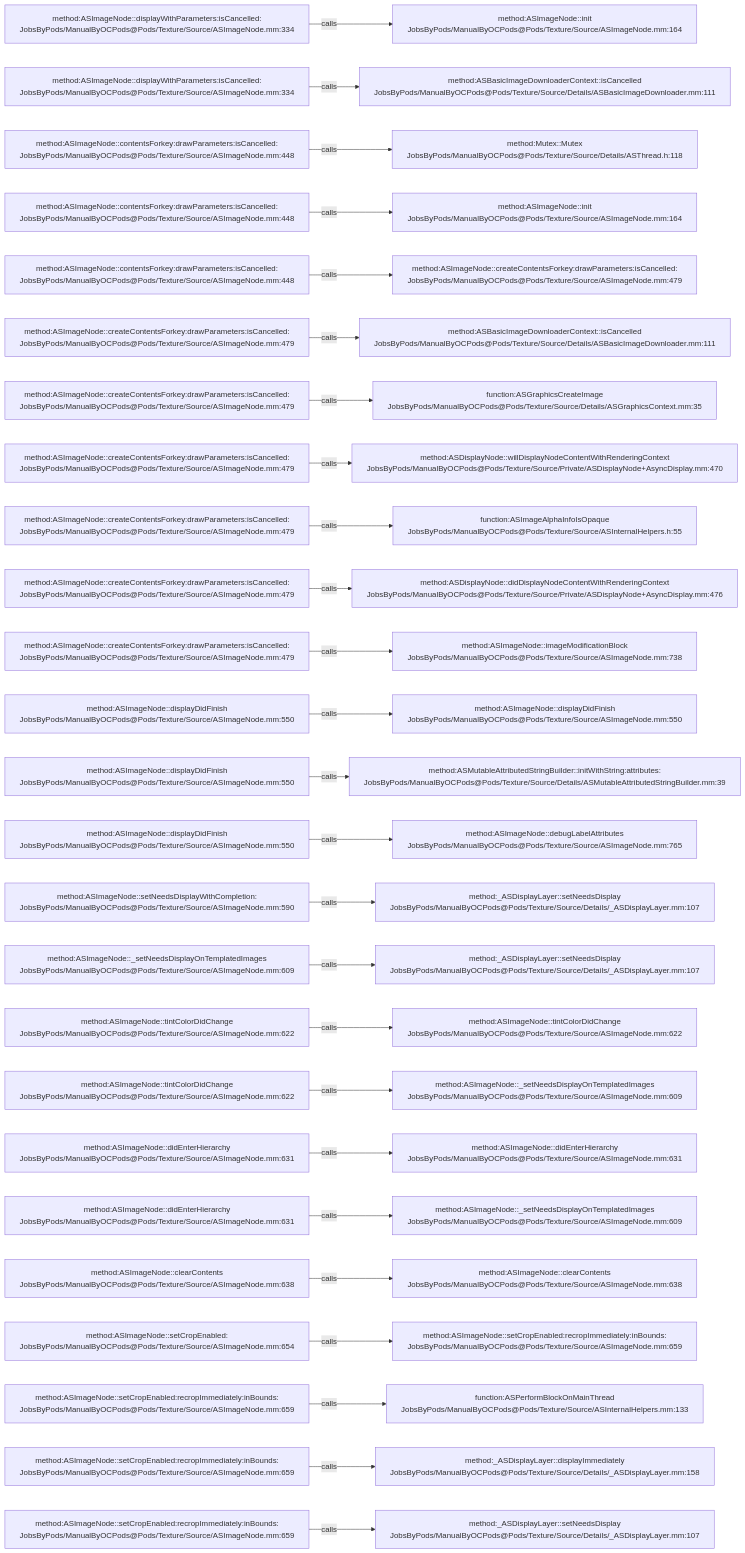
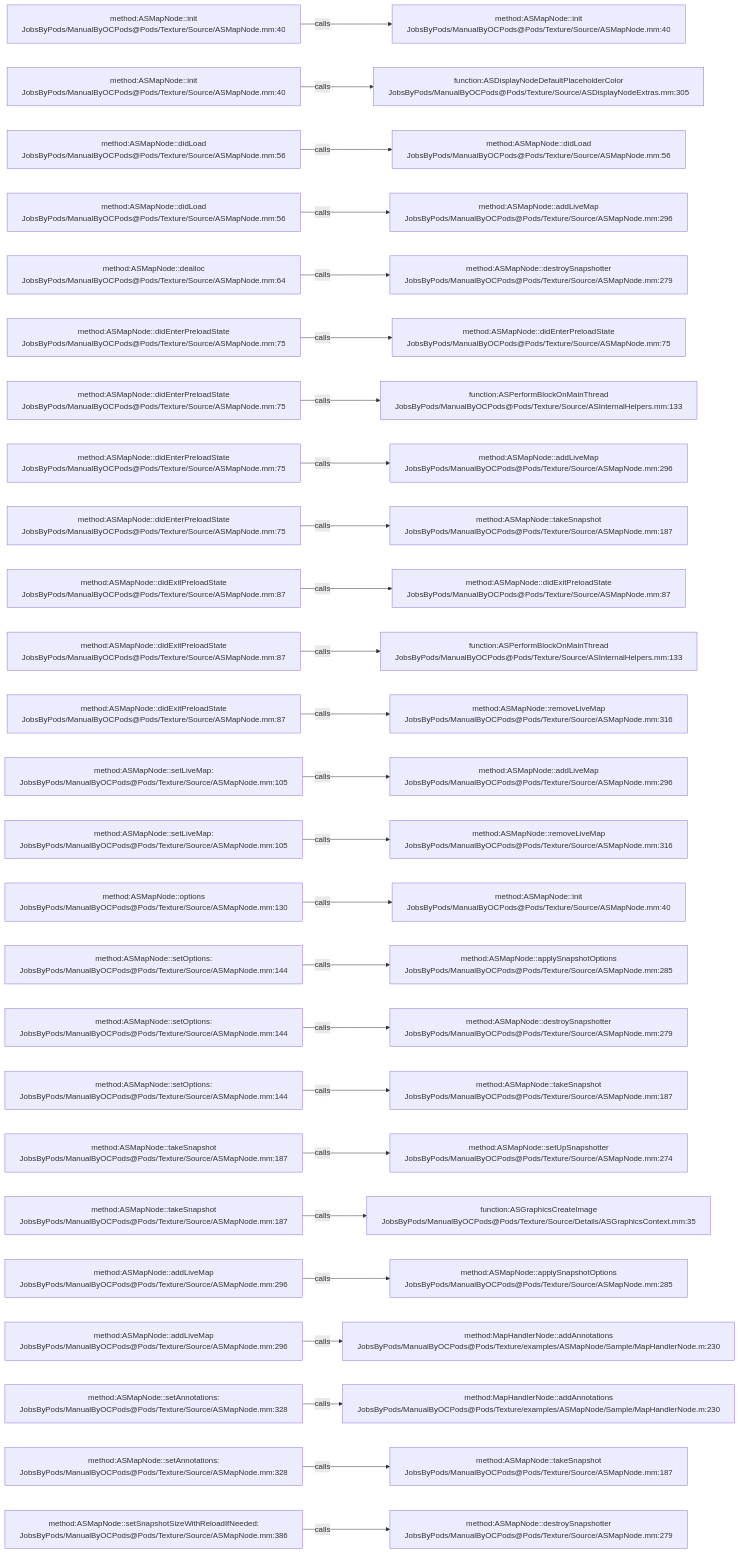
The diagram in .codegraph/codegraph.md/graphs/calls-111.md (JobsKits/JobsOCBaseConfigDemo), drawn with Mermaid before and after one commit. The commit also changed 1353 other files, not shown here.

````diff
--- a/.codegraph/codegraph.md/graphs/calls-111.md
+++ b/.codegraph/codegraph.md/graphs/calls-111.md
@@ -13,78 +13,78 @@
 ```mermaid
 flowchart LR
-  S1["method:ASImageNode::displayWithParameters:isCancelled:<br/>JobsByPods/ManualByOCPods@Pods/Texture/Source/ASImageNode.mm:334"]
-  T1["method:ASImageNode::init<br/>JobsByPods/ManualByOCPods@Pods/Texture/Source/ASImageNode.mm:164"]
+  S1["method:ASMapNode::init<br/>JobsByPods/ManualByOCPods@Pods/Texture/Source/ASMapNode.mm:40"]
+  T1["method:ASMapNode::init<br/>JobsByPods/ManualByOCPods@Pods/Texture/Source/ASMapNode.mm:40"]
   S1 -->|calls| T1
-  S2["method:ASImageNode::displayWithParameters:isCancelled:<br/>JobsByPods/ManualByOCPods@Pods/Texture/Source/ASImageNode.mm:334"]
-  T2["method:ASBasicImageDownloaderContext::isCancelled<br/>JobsByPods/ManualByOCPods@Pods/Texture/Source/Details/ASBasicImageDownloader.mm:111"]
+  S2["method:ASMapNode::init<br/>JobsByPods/ManualByOCPods@Pods/Texture/Source/ASMapNode.mm:40"]
+  T2["function:ASDisplayNodeDefaultPlaceholderColor<br/>JobsByPods/ManualByOCPods@Pods/Texture/Source/ASDisplayNodeExtras.mm:305"]
   S2 -->|calls| T2
-  S3["method:ASImageNode::contentsForkey:drawParameters:isCancelled:<br/>JobsByPods/ManualByOCPods@Pods/Texture/Source/ASImageNode.mm:448"]
-  T3["method:Mutex::Mutex<br/>JobsByPods/ManualByOCPods@Pods/Texture/Source/Details/ASThread.h:118"]
+  S3["method:ASMapNode::didLoad<br/>JobsByPods/ManualByOCPods@Pods/Texture/Source/ASMapNode.mm:56"]
+  T3["method:ASMapNode::didLoad<br/>JobsByPods/ManualByOCPods@Pods/Texture/Source/ASMapNode.mm:56"]
   S3 -->|calls| T3
-  S4["method:ASImageNode::contentsForkey:drawParameters:isCancelled:<br/>JobsByPods/ManualByOCPods@Pods/Texture/Source/ASImageNode.mm:448"]
-  T4["method:ASImageNode::init<br/>JobsByPods/ManualByOCPods@Pods/Texture/Source/ASImageNode.mm:164"]
+  S4["method:ASMapNode::didLoad<br/>JobsByPods/ManualByOCPods@Pods/Texture/Source/ASMapNode.mm:56"]
+  T4["method:ASMapNode::addLiveMap<br/>JobsByPods/ManualByOCPods@Pods/Texture/Source/ASMapNode.mm:296"]
   S4 -->|calls| T4
-  S5["method:ASImageNode::contentsForkey:drawParameters:isCancelled:<br/>JobsByPods/ManualByOCPods@Pods/Texture/Source/ASImageNode.mm:448"]
-  T5["method:ASImageNode::createContentsForkey:drawParameters:isCancelled:<br/>JobsByPods/ManualByOCPods@Pods/Texture/Source/ASImageNode.mm:479"]
+  S5["method:ASMapNode::dealloc<br/>JobsByPods/ManualByOCPods@Pods/Texture/Source/ASMapNode.mm:64"]
+  T5["method:ASMapNode::destroySnapshotter<br/>JobsByPods/ManualByOCPods@Pods/Texture/Source/ASMapNode.mm:279"]
   S5 -->|calls| T5
-  S6["method:ASImageNode::createContentsForkey:drawParameters:isCancelled:<br/>JobsByPods/ManualByOCPods@Pods/Texture/Source/ASImageNode.mm:479"]
-  T6["method:ASBasicImageDownloaderContext::isCancelled<br/>JobsByPods/ManualByOCPods@Pods/Texture/Source/Details/ASBasicImageDownloader.mm:111"]
+  S6["method:ASMapNode::didEnterPreloadState<br/>JobsByPods/ManualByOCPods@Pods/Texture/Source/ASMapNode.mm:75"]
+  T6["method:ASMapNode::didEnterPreloadState<br/>JobsByPods/ManualByOCPods@Pods/Texture/Source/ASMapNode.mm:75"]
   S6 -->|calls| T6
-  S7["method:ASImageNode::createContentsForkey:drawParameters:isCancelled:<br/>JobsByPods/ManualByOCPods@Pods/Texture/Source/ASImageNode.mm:479"]
-  T7["function:ASGraphicsCreateImage<br/>JobsByPods/ManualByOCPods@Pods/Texture/Source/Details/ASGraphicsContext.mm:35"]
+  S7["method:ASMapNode::didEnterPreloadState<br/>JobsByPods/ManualByOCPods@Pods/Texture/Source/ASMapNode.mm:75"]
+  T7["function:ASPerformBlockOnMainThread<br/>JobsByPods/ManualByOCPods@Pods/Texture/Source/ASInternalHelpers.mm:133"]
   S7 -->|calls| T7
-  S8["method:ASImageNode::createContentsForkey:drawParameters:isCancelled:<br/>JobsByPods/ManualByOCPods@Pods/Texture/Source/ASImageNode.mm:479"]
-  T8["method:ASDisplayNode::willDisplayNodeContentWithRenderingContext<br/>JobsByPods/ManualByOCPods@Pods/Texture/Source/Private/ASDisplayNode+AsyncDisplay.mm:470"]
+  S8["method:ASMapNode::didEnterPreloadState<br/>JobsByPods/ManualByOCPods@Pods/Texture/Source/ASMapNode.mm:75"]
+  T8["method:ASMapNode::addLiveMap<br/>JobsByPods/ManualByOCPods@Pods/Texture/Source/ASMapNode.mm:296"]
   S8 -->|calls| T8
-  S9["method:ASImageNode::createContentsForkey:drawParameters:isCancelled:<br/>JobsByPods/ManualByOCPods@Pods/Texture/Source/ASImageNode.mm:479"]
-  T9["function:ASImageAlphaInfoIsOpaque<br/>JobsByPods/ManualByOCPods@Pods/Texture/Source/ASInternalHelpers.h:55"]
+  S9["method:ASMapNode::didEnterPreloadState<br/>JobsByPods/ManualByOCPods@Pods/Texture/Source/ASMapNode.mm:75"]
+  T9["method:ASMapNode::takeSnapshot<br/>JobsByPods/ManualByOCPods@Pods/Texture/Source/ASMapNode.mm:187"]
   S9 -->|calls| T9
-  S10["method:ASImageNode::createContentsForkey:drawParameters:isCancelled:<br/>JobsByPods/ManualByOCPods@Pods/Texture/Source/ASImageNode.mm:479"]
-  T10["method:ASDisplayNode::didDisplayNodeContentWithRenderingContext<br/>JobsByPods/ManualByOCPods@Pods/Texture/Source/Private/ASDisplayNode+AsyncDisplay.mm:476"]
+  S10["method:ASMapNode::didExitPreloadState<br/>JobsByPods/ManualByOCPods@Pods/Texture/Source/ASMapNode.mm:87"]
+  T10["method:ASMapNode::didExitPreloadState<br/>JobsByPods/ManualByOCPods@Pods/Texture/Source/ASMapNode.mm:87"]
   S10 -->|calls| T10
-  S11["method:ASImageNode::createContentsForkey:drawParameters:isCancelled:<br/>JobsByPods/ManualByOCPods@Pods/Texture/Source/ASImageNode.mm:479"]
-  T11["method:ASImageNode::imageModificationBlock<br/>JobsByPods/ManualByOCPods@Pods/Texture/Source/ASImageNode.mm:738"]
+  S11["method:ASMapNode::didExitPreloadState<br/>JobsByPods/ManualByOCPods@Pods/Texture/Source/ASMapNode.mm:87"]
+  T11["function:ASPerformBlockOnMainThread<br/>JobsByPods/ManualByOCPods@Pods/Texture/Source/ASInternalHelpers.mm:133"]
   S11 -->|calls| T11
-  S12["method:ASImageNode::displayDidFinish<br/>JobsByPods/ManualByOCPods@Pods/Texture/Source/ASImageNode.mm:550"]
-  T12["method:ASImageNode::displayDidFinish<br/>JobsByPods/ManualByOCPods@Pods/Texture/Source/ASImageNode.mm:550"]
+  S12["method:ASMapNode::didExitPreloadState<br/>JobsByPods/ManualByOCPods@Pods/Texture/Source/ASMapNode.mm:87"]
+  T12["method:ASMapNode::removeLiveMap<br/>JobsByPods/ManualByOCPods@Pods/Texture/Source/ASMapNode.mm:316"]
   S12 -->|calls| T12
-  S13["method:ASImageNode::displayDidFinish<br/>JobsByPods/ManualByOCPods@Pods/Texture/Source/ASImageNode.mm:550"]
-  T13["method:ASMutableAttributedStringBuilder::initWithString:attributes:<br/>JobsByPods/ManualByOCPods@Pods/Texture/Source/Details/ASMutableAttributedStringBuilder.mm:39"]
+  S13["method:ASMapNode::setLiveMap:<br/>JobsByPods/ManualByOCPods@Pods/Texture/Source/ASMapNode.mm:105"]
+  T13["method:ASMapNode::addLiveMap<br/>JobsByPods/ManualByOCPods@Pods/Texture/Source/ASMapNode.mm:296"]
   S13 -->|calls| T13
-  S14["method:ASImageNode::displayDidFinish<br/>JobsByPods/ManualByOCPods@Pods/Texture/Source/ASImageNode.mm:550"]
-  T14["method:ASImageNode::debugLabelAttributes<br/>JobsByPods/ManualByOCPods@Pods/Texture/Source/ASImageNode.mm:765"]
+  S14["method:ASMapNode::setLiveMap:<br/>JobsByPods/ManualByOCPods@Pods/Texture/Source/ASMapNode.mm:105"]
+  T14["method:ASMapNode::removeLiveMap<br/>JobsByPods/ManualByOCPods@Pods/Texture/Source/ASMapNode.mm:316"]
   S14 -->|calls| T14
-  S15["method:ASImageNode::setNeedsDisplayWithCompletion:<br/>JobsByPods/ManualByOCPods@Pods/Texture/Source/ASImageNode.mm:590"]
-  T15["method:_ASDisplayLayer::setNeedsDisplay<br/>JobsByPods/ManualByOCPods@Pods/Texture/Source/Details/_ASDisplayLayer.mm:107"]
+  S15["method:ASMapNode::options<br/>JobsByPods/ManualByOCPods@Pods/Texture/Source/ASMapNode.mm:130"]
+  T15["method:ASMapNode::init<br/>JobsByPods/ManualByOCPods@Pods/Texture/Source/ASMapNode.mm:40"]
   S15 -->|calls| T15
-  S16["method:ASImageNode::_setNeedsDisplayOnTemplatedImages<br/>JobsByPods/ManualByOCPods@Pods/Texture/Source/ASImageNode.mm:609"]
-  T16["method:_ASDisplayLayer::setNeedsDisplay<br/>JobsByPods/ManualByOCPods@Pods/Texture/Source/Details/_ASDisplayLayer.mm:107"]
+  S16["method:ASMapNode::setOptions:<br/>JobsByPods/ManualByOCPods@Pods/Texture/Source/ASMapNode.mm:144"]
+  T16["method:ASMapNode::applySnapshotOptions<br/>JobsByPods/ManualByOCPods@Pods/Texture/Source/ASMapNode.mm:285"]
   S16 -->|calls| T16
-  S17["method:ASImageNode::tintColorDidChange<br/>JobsByPods/ManualByOCPods@Pods/Texture/Source/ASImageNode.mm:622"]
-  T17["method:ASImageNode::tintColorDidChange<br/>JobsByPods/ManualByOCPods@Pods/Texture/Source/ASImageNode.mm:622"]
+  S17["method:ASMapNode::setOptions:<br/>JobsByPods/ManualByOCPods@Pods/Texture/Source/ASMapNode.mm:144"]
+  T17["method:ASMapNode::destroySnapshotter<br/>JobsByPods/ManualByOCPods@Pods/Texture/Source/ASMapNode.mm:279"]
   S17 -->|calls| T17
-  S18["method:ASImageNode::tintColorDidChange<br/>JobsByPods/ManualByOCPods@Pods/Texture/Source/ASImageNode.mm:622"]
-  T18["method:ASImageNode::_setNeedsDisplayOnTemplatedImages<br/>JobsByPods/ManualByOCPods@Pods/Texture/Source/ASImageNode.mm:609"]
+  S18["method:ASMapNode::setOptions:<br/>JobsByPods/ManualByOCPods@Pods/Texture/Source/ASMapNode.mm:144"]
+  T18["method:ASMapNode::takeSnapshot<br/>JobsByPods/ManualByOCPods@Pods/Texture/Source/ASMapNode.mm:187"]
   S18 -->|calls| T18
-  S19["method:ASImageNode::didEnterHierarchy<br/>JobsByPods/ManualByOCPods@Pods/Texture/Source/ASImageNode.mm:631"]
-  T19["method:ASImageNode::didEnterHierarchy<br/>JobsByPods/ManualByOCPods@Pods/Texture/Source/ASImageNode.mm:631"]
+  S19["method:ASMapNode::takeSnapshot<br/>JobsByPods/ManualByOCPods@Pods/Texture/Source/ASMapNode.mm:187"]
+  T19["method:ASMapNode::setUpSnapshotter<br/>JobsByPods/ManualByOCPods@Pods/Texture/Source/ASMapNode.mm:274"]
   S19 -->|calls| T19
-  S20["method:ASImageNode::didEnterHierarchy<br/>JobsByPods/ManualByOCPods@Pods/Texture/Source/ASImageNode.mm:631"]
-  T20["method:ASImageNode::_setNeedsDisplayOnTemplatedImages<br/>JobsByPods/ManualByOCPods@Pods/Texture/Source/ASImageNode.mm:609"]
+  S20["method:ASMapNode::takeSnapshot<br/>JobsByPods/ManualByOCPods@Pods/Texture/Source/ASMapNode.mm:187"]
+  T20["function:ASGraphicsCreateImage<br/>JobsByPods/ManualByOCPods@Pods/Texture/Source/Details/ASGraphicsContext.mm:35"]
   S20 -->|calls| T20
-  S21["method:ASImageNode::clearContents<br/>JobsByPods/ManualByOCPods@Pods/Texture/Source/ASImageNode.mm:638"]
-  T21["method:ASImageNode::clearContents<br/>JobsByPods/ManualByOCPods@Pods/Texture/Source/ASImageNode.mm:638"]
+  S21["method:ASMapNode::addLiveMap<br/>JobsByPods/ManualByOCPods@Pods/Texture/Source/ASMapNode.mm:296"]
+  T21["method:ASMapNode::applySnapshotOptions<br/>JobsByPods/ManualByOCPods@Pods/Texture/Source/ASMapNode.mm:285"]
   S21 -->|calls| T21
-  S22["method:ASImageNode::setCropEnabled:<br/>JobsByPods/ManualByOCPods@Pods/Texture/Source/ASImageNode.mm:654"]
-  T22["method:ASImageNode::setCropEnabled:recropImmediately:inBounds:<br/>JobsByPods/ManualByOCPods@Pods/Texture/Source/ASImageNode.mm:659"]
+  S22["method:ASMapNode::addLiveMap<br/>JobsByPods/ManualByOCPods@Pods/Texture/Source/ASMapNode.mm:296"]
+  T22["method:MapHandlerNode::addAnnotations<br/>JobsByPods/ManualByOCPods@Pods/Texture/examples/ASMapNode/Sample/MapHandlerNode.m:230"]
   S22 -->|calls| T22
-  S23["method:ASImageNode::setCropEnabled:recropImmediately:inBounds:<br/>JobsByPods/ManualByOCPods@Pods/Texture/Source/ASImageNode.mm:659"]
-  T23["function:ASPerformBlockOnMainThread<br/>JobsByPods/ManualByOCPods@Pods/Texture/Source/ASInternalHelpers.mm:133"]
+  S23["method:ASMapNode::setAnnotations:<br/>JobsByPods/ManualByOCPods@Pods/Texture/Source/ASMapNode.mm:328"]
+  T23["method:MapHandlerNode::addAnnotations<br/>JobsByPods/ManualByOCPods@Pods/Texture/examples/ASMapNode/Sample/MapHandlerNode.m:230"]
   S23 -->|calls| T23
-  S24["method:ASImageNode::setCropEnabled:recropImmediately:inBounds:<br/>JobsByPods/ManualByOCPods@Pods/Texture/Source/ASImageNode.mm:659"]
-  T24["method:_ASDisplayLayer::displayImmediately<br/>JobsByPods/ManualByOCPods@Pods/Texture/Source/Details/_ASDisplayLayer.mm:158"]
+  S24["method:ASMapNode::setAnnotations:<br/>JobsByPods/ManualByOCPods@Pods/Texture/Source/ASMapNode.mm:328"]
+  T24["method:ASMapNode::takeSnapshot<br/>JobsByPods/ManualByOCPods@Pods/Texture/Source/ASMapNode.mm:187"]
   S24 -->|calls| T24
-  S25["method:ASImageNode::setCropEnabled:recropImmediately:inBounds:<br/>JobsByPods/ManualByOCPods@Pods/Texture/Source/ASImageNode.mm:659"]
-  T25["method:_ASDisplayLayer::setNeedsDisplay<br/>JobsByPods/ManualByOCPods@Pods/Texture/Source/Details/_ASDisplayLayer.mm:107"]
+  S25["method:ASMapNode::setSnapshotSizeWithReloadIfNeeded:<br/>JobsByPods/ManualByOCPods@Pods/Texture/Source/ASMapNode.mm:386"]
+  T25["method:ASMapNode::destroySnapshotter<br/>JobsByPods/ManualByOCPods@Pods/Texture/Source/ASMapNode.mm:279"]
   S25 -->|calls| T25
 ```
````
